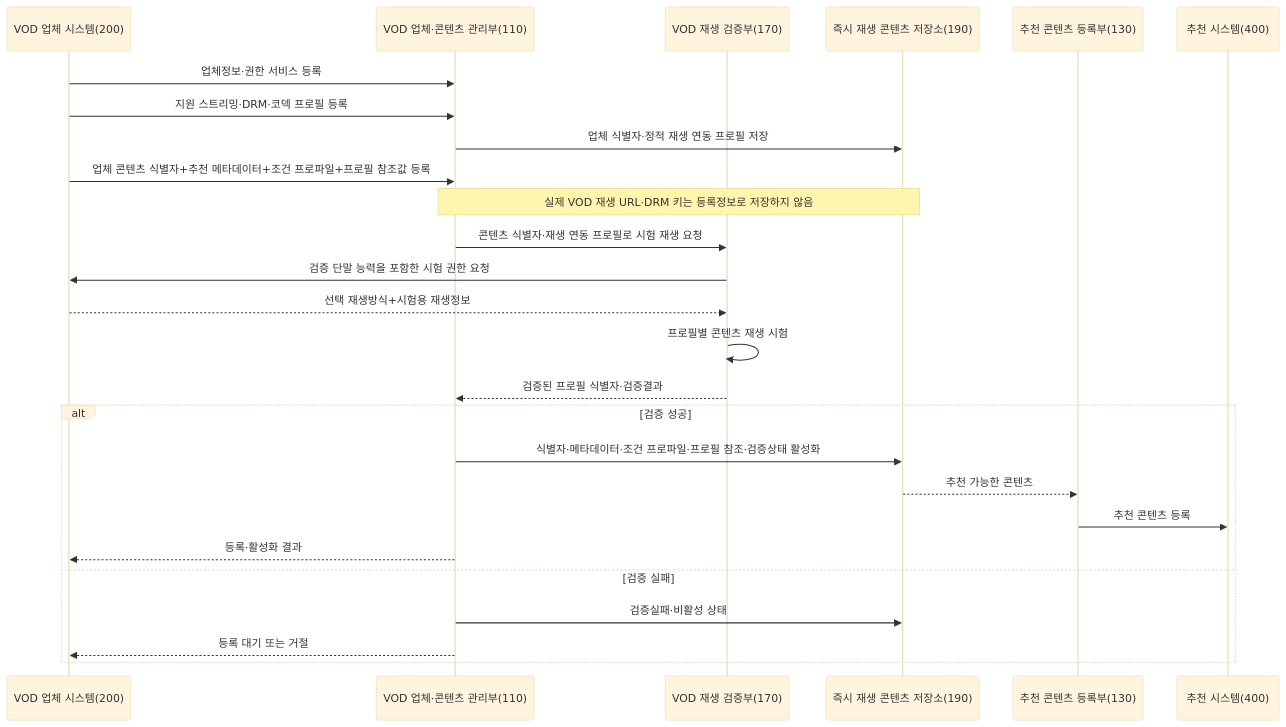
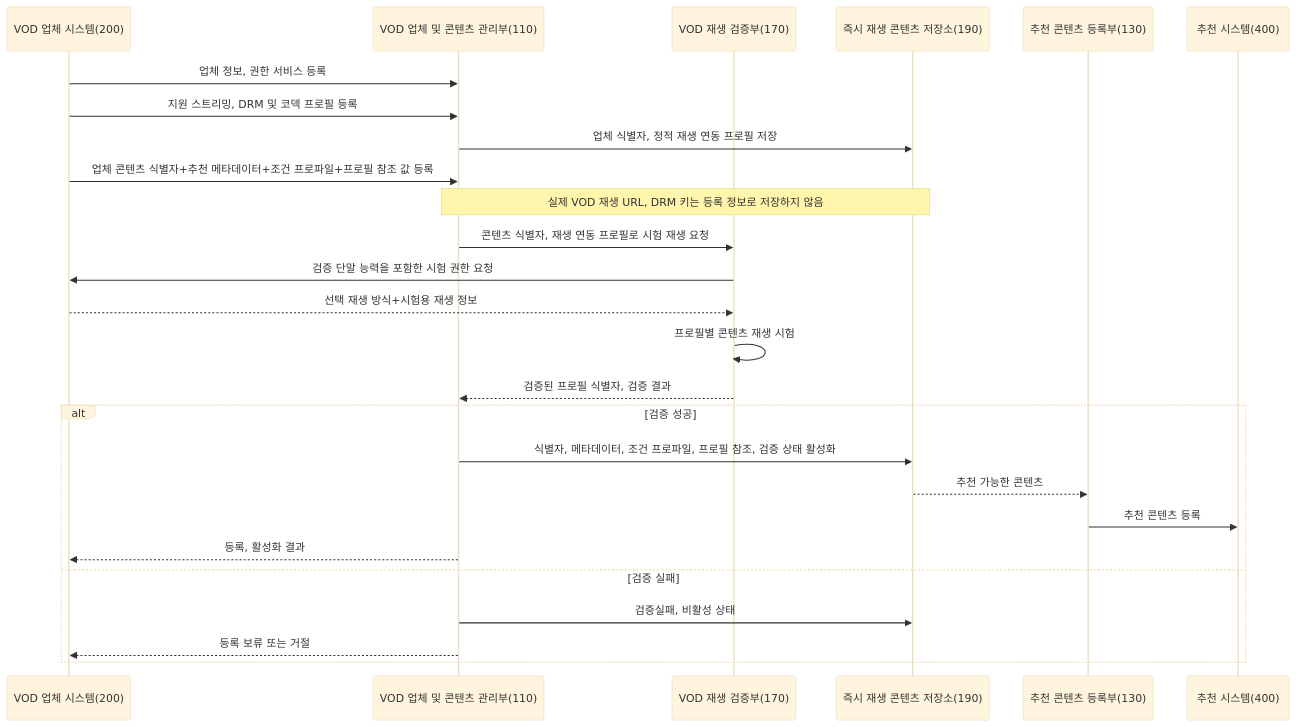
Before and after one commit to growdai1y/instant-play: the third of 11 diagrams in instant_play_직무발명서.md, drawn with Mermaid (base theme). The commit also changed other lines of this file, not shown here.

Commit message:
Polish invention disclosure wording and diagrams

````diff
--- a/instant_play_직무발명서.md
+++ b/instant_play_직무발명서.md
@@ -707,29 +825,29 @@
 ```mermaid
 sequenceDiagram
     participant VOD as VOD 업체 시스템(200)
-    participant MANAGE as VOD 업체·콘텐츠 관리부(110)
+    participant MANAGE as VOD 업체 및 콘텐츠 관리부(110)
     participant VERIFY as VOD 재생 검증부(170)
     participant STORE as 즉시 재생 콘텐츠 저장소(190)
     participant RECREG as 추천 콘텐츠 등록부(130)
     participant RECOMMEND as 추천 시스템(400)
 
-    VOD->>MANAGE: 업체정보·권한 서비스 등록
-    VOD->>MANAGE: 지원 스트리밍·DRM·코덱 프로필 등록
-    MANAGE->>STORE: 업체 식별자·정적 재생 연동 프로필 저장
-    VOD->>MANAGE: 업체 콘텐츠 식별자+추천 메타데이터+조건 프로파일+프로필 참조값 등록
-    Note over MANAGE,STORE: 실제 VOD 재생 URL·DRM 키는 등록정보로 저장하지 않음
-    MANAGE->>VERIFY: 콘텐츠 식별자·재생 연동 프로필로 시험 재생 요청
+    VOD->>MANAGE: 업체 정보, 권한 서비스 등록
+    VOD->>MANAGE: 지원 스트리밍, DRM 및 코덱 프로필 등록
+    MANAGE->>STORE: 업체 식별자, 정적 재생 연동 프로필 저장
+    VOD->>MANAGE: 업체 콘텐츠 식별자+추천 메타데이터+조건 프로파일+프로필 참조 값 등록
+    Note over MANAGE,STORE: 실제 VOD 재생 URL, DRM 키는 등록 정보로 저장하지 않음
+    MANAGE->>VERIFY: 콘텐츠 식별자, 재생 연동 프로필로 시험 재생 요청
     VERIFY->>VOD: 검증 단말 능력을 포함한 시험 권한 요청
-    VOD-->>VERIFY: 선택 재생방식+시험용 재생정보
+    VOD-->>VERIFY: 선택 재생 방식+시험용 재생 정보
     VERIFY->>VERIFY: 프로필별 콘텐츠 재생 시험
-    VERIFY-->>MANAGE: 검증된 프로필 식별자·검증결과
+    VERIFY-->>MANAGE: 검증된 프로필 식별자, 검증 결과
     alt 검증 성공
-        MANAGE->>STORE: 식별자·메타데이터·조건 프로파일·프로필 참조·검증상태 활성화
+        MANAGE->>STORE: 식별자, 메타데이터, 조건 프로파일, 프로필 참조, 검증 상태 활성화
         STORE-->>RECREG: 추천 가능한 콘텐츠
         RECREG->>RECOMMEND: 추천 콘텐츠 등록
-        MANAGE-->>VOD: 등록·활성화 결과
+        MANAGE-->>VOD: 등록, 활성화 결과
     else 검증 실패
-        MANAGE->>STORE: 검증실패·비활성 상태
-        MANAGE-->>VOD: 등록 대기 또는 거절
+        MANAGE->>STORE: 검증실패, 비활성 상태
+        MANAGE-->>VOD: 등록 보류 또는 거절
     end
 ```
````
